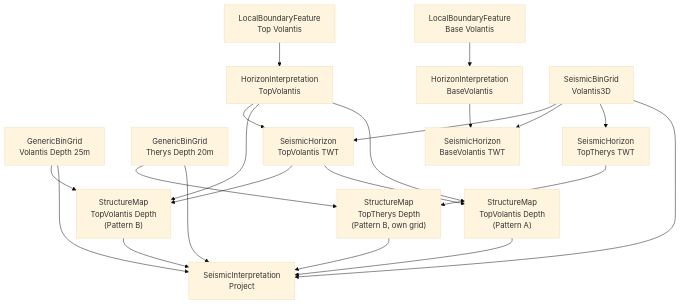
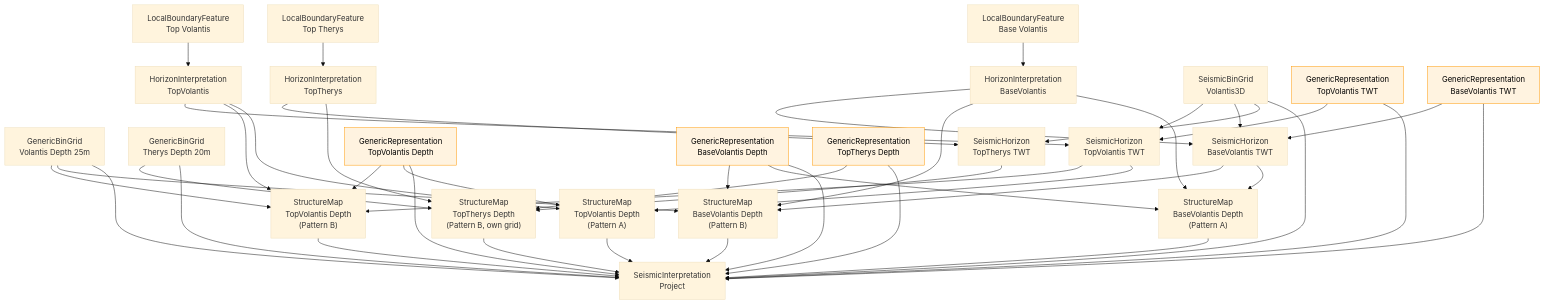
One commit to marcusapel/ores changed the ninth of 13 diagrams in md/SeisInt.md. Above: the diagram before and after it, drawn with Mermaid (base theme). The commit also changed other lines of this file and 36 other files, not shown here.

````diff
--- a/md/SeisInt.md
+++ b/md/SeisInt.md
@@ -1112,37 +1117,85 @@
 flowchart TD
     BF1["LocalBoundaryFeature<br/>Top Volantis"]
     BF2["LocalBoundaryFeature<br/>Base Volantis"]
+    BF3["LocalBoundaryFeature<br/>Top Therys"]
     HI1["HorizonInterpretation<br/>TopVolantis"]
     HI2["HorizonInterpretation<br/>BaseVolantis"]
+    HI3["HorizonInterpretation<br/>TopTherys"]
     SBG["SeismicBinGrid<br/>Volantis3D"]
     GBG["GenericBinGrid<br/>Volantis Depth 25m"]
     GBG2["GenericBinGrid<br/>Therys Depth 20m"]
     SH1["SeismicHorizon<br/>TopVolantis TWT"]
     SH2["SeismicHorizon<br/>BaseVolantis TWT"]
     SH3["SeismicHorizon<br/>TopTherys TWT"]
+    GR_D1["GenericRepresentation<br/>TopVolantis Depth"]
+    GR_D2["GenericRepresentation<br/>BaseVolantis Depth"]
+    GR_D3["GenericRepresentation<br/>TopTherys Depth"]
+    GR_T1["GenericRepresentation<br/>TopVolantis TWT"]
+    GR_T2["GenericRepresentation<br/>BaseVolantis TWT"]
     SMB1["StructureMap<br/>TopVolantis Depth<br/>(Pattern B)"]
+    SMB2["StructureMap<br/>BaseVolantis Depth<br/>(Pattern B)"]
     SMB3["StructureMap<br/>TopTherys Depth<br/>(Pattern B, own grid)"]
     SMA1["StructureMap<br/>TopVolantis Depth<br/>(Pattern A)"]
+    SMA2["StructureMap<br/>BaseVolantis Depth<br/>(Pattern A)"]
     PROJ["SeismicInterpretation<br/>Project"]
 
     BF1 --> HI1
     BF2 --> HI2
+    BF3 --> HI3
     HI1 --> SH1
     HI2 --> SH2
+    HI3 --> SH3
     SBG --> SH1
     SBG --> SH2
     SBG --> SH3
+
+    %% TWT GenericRepresentation in SeismicHorizon ancestry
+    GR_T1 --> SH1
+    GR_T2 --> SH2
+
+    %% Pattern B StructureMaps
     SH1 --> SMB1
     HI1 --> SMB1
     GBG --> SMB1
+    GR_D1 --> SMB1
+
+    SH2 --> SMB2
+    HI2 --> SMB2
+    GBG --> SMB2
+    GR_D2 --> SMB2
+
     SH3 --> SMB3
+    HI3 --> SMB3
     GBG2 --> SMB3
+    GR_D3 --> SMB3
+
+    %% Pattern A StructureMaps
     SH1 --> SMA1
     HI1 --> SMA1
+    GR_D1 --> SMA1
+
+    SH2 --> SMA2
+    HI2 --> SMA2
+    GR_D2 --> SMA2
+
+    %% Project parents
     SMB1 --> PROJ
+    SMB2 --> PROJ
     SMB3 --> PROJ
     SMA1 --> PROJ
+    SMA2 --> PROJ
     GBG --> PROJ
     GBG2 --> PROJ
     SBG --> PROJ
+    GR_D1 --> PROJ
+    GR_D2 --> PROJ
+    GR_D3 --> PROJ
+    GR_T1 --> PROJ
+    GR_T2 --> PROJ
+
+    style GR_D1 fill:#fff3e0,stroke:#ff9800,color:#000
+    style GR_D2 fill:#fff3e0,stroke:#ff9800,color:#000
+    style GR_D3 fill:#fff3e0,stroke:#ff9800,color:#000
+    style GR_T1 fill:#fff3e0,stroke:#ff9800,color:#000
+    style GR_T2 fill:#fff3e0,stroke:#ff9800,color:#000
 ```
````
